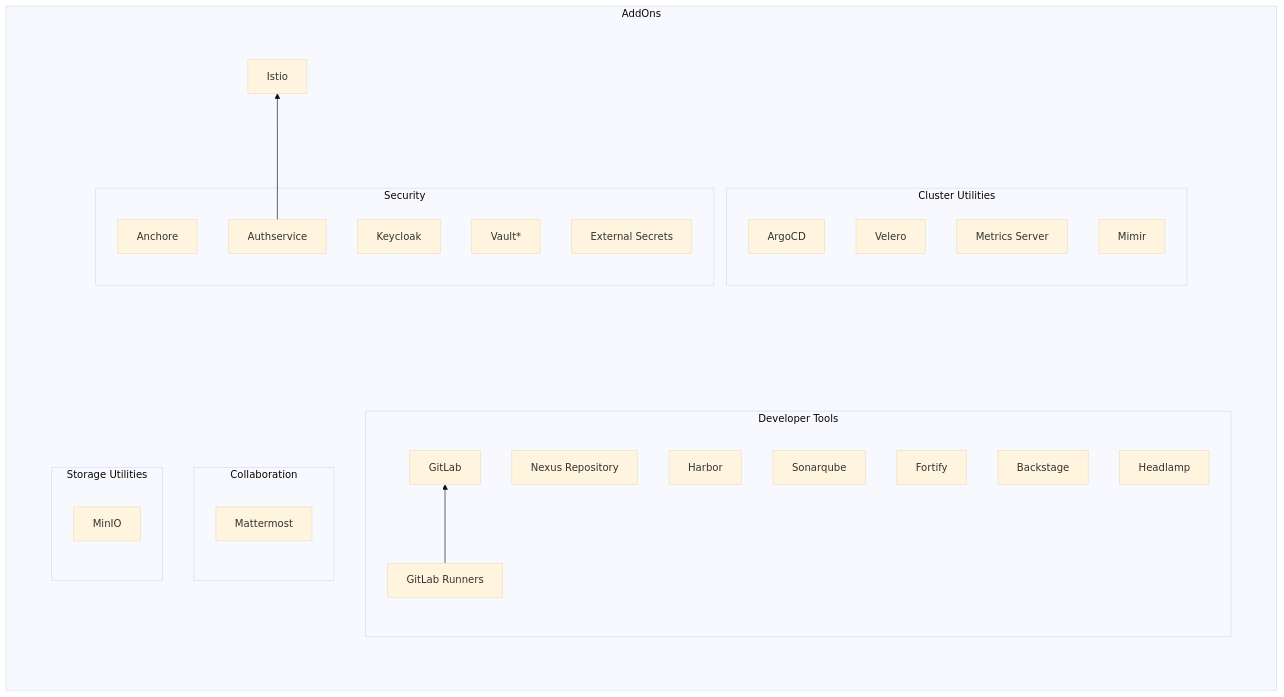
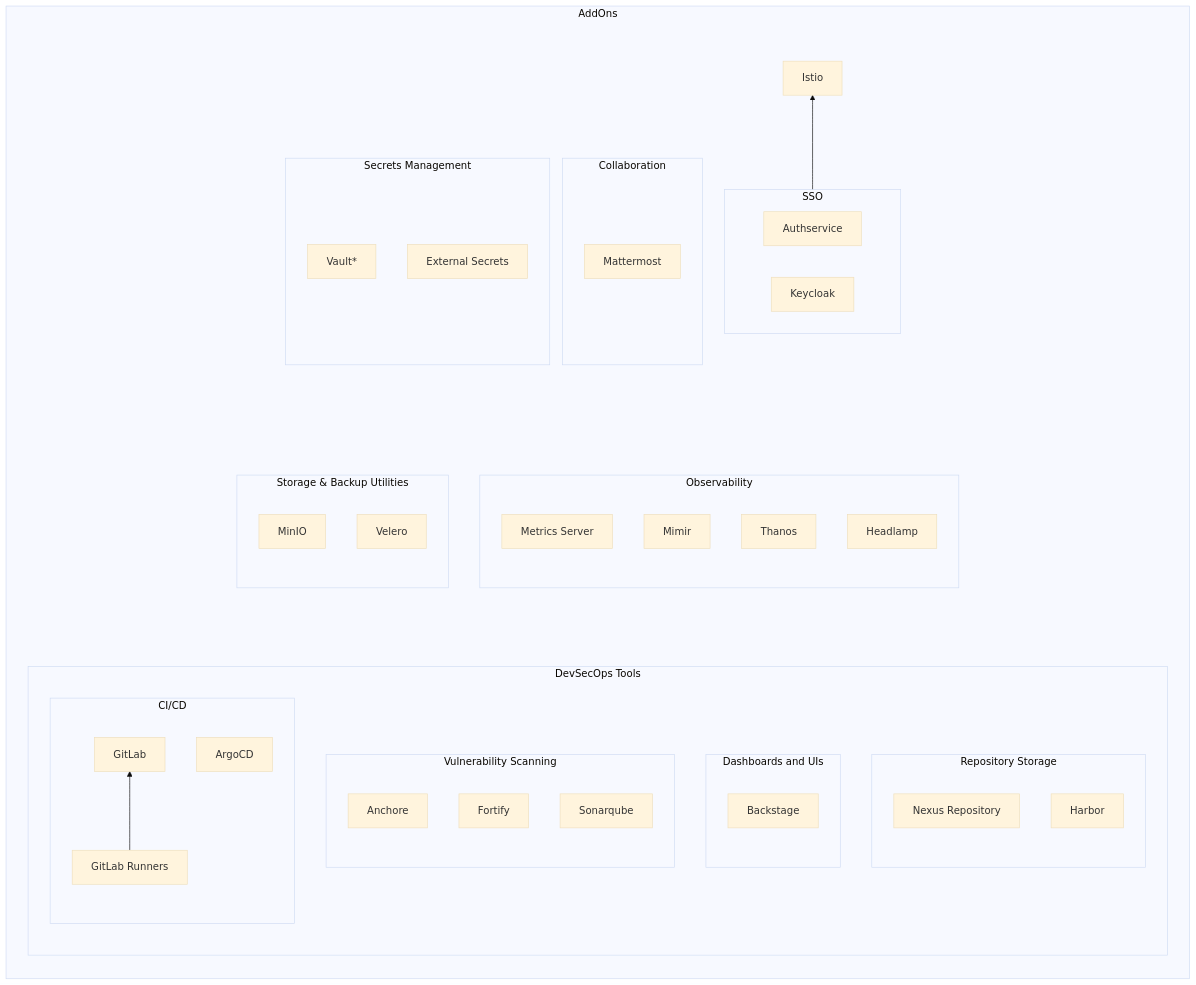
The second of 2 diagrams in docs/understanding-bigbang/package-architecture/README.md (shebashio/bigbang), drawn with Mermaid (base theme) before and after one commit. The commit also changed other lines of this file, not shown here.

Commit message:
tentative reorganization

````diff
--- a/docs/understanding-bigbang/package-architecture/README.md
+++ b/docs/understanding-bigbang/package-architecture/README.md
@@ -106,31 +110,52 @@
 ```mermaid
 flowchart BT
   subgraph AddOns
-    direction LR
+  direction BT
 
-    subgraph r2
-      style r2 fill:transparent,stroke:transparent,color:transparent
+    subgraph DT[DevSecOps Tools]
+
+      subgraph Repo[Repository Storage]
+      direction BT
+        Nexus[Nexus Repository]
+        Harbor
+      end
+
+      subgraph UI[Dashboards and UIs]
+      direction BT
+        Backstage
+      end
+
+      subgraph Scan[Vulnerability Scanning]
+      direction BT
+        Anchore
+        Fortify
+        Sonarqube
+      end
+
+      subgraph ContDeploy[CI/CD]
+      direction BT
+        GLRunners[GitLab Runners]
+        GitLab
+        ArgoCD
+      end
+
+    end
+
+    subgraph Row2
+      style Row2 fill:transparent,stroke:transparent,color:transparent
       direction BT
 
-      subgraph DT[Developer Tools]
-        direction BT
-        GLRunners[GitLab Runners] --> GitLab
-        Nexus[Nexus Repository]
-        Harbor
-        Sonarqube
-        Fortify
-        Backstage
-        Headlamp
-      end
+        subgraph Obs[Observability]
+          Metrics[Metrics Server]
+          Mimir
+          Thanos
+          Headlamp
+        end
 
-      subgraph "Collaboration"
-        Mattermost
-      end
-
-      subgraph AppUtils[Storage Utilities]
-        MinIO
-      end
-
+        subgraph AppUtils[Storage & Backup Utilities]
+          MinIO
+          Velero
+        end
 
     end
 
@@ -138,32 +163,33 @@
       style Row1 fill:transparent,stroke:transparent,color:transparent
       direction BT
 
-      Istio
-      formattingNode[ ]:::invisible
-
-      subgraph Row1Grouper
-        style Row1Grouper fill:transparent,stroke:transparent,color:transparent
-
-        subgraph CUtil[Cluster Utilities]
-          ArgoCD
-          Velero
-          Metrics[Metrics Server]
-          Mimir
+        subgraph Collab[Collaboration]
+          Mattermost
         end
 
-        subgraph Sec[Security]
-          Anchore
-          Authservice
-          Keycloak
+        subgraph SM[Secrets Management]
           Vault[Vault*]
           ESO[External Secrets]
         end
-      end
 
-      Authservice --> Istio
-      ArgoCD ~~~ formattingNode
+        subgraph Sec[SSO]
+        direction LR
+          Authservice
+          Keycloak
+        end
 
+    Istio
+    formattingNode[ ]:::invisible
+    
     end
+      
+
+    Authservice --> Istio
+    GLRunners --> GitLab
+    Vault ~~~ formattingNode
+    Mattermost ~~~ formattingNode
+    Row2 ~~~ Row1
+    DT ~~~ Row2
 
   end
 
````
